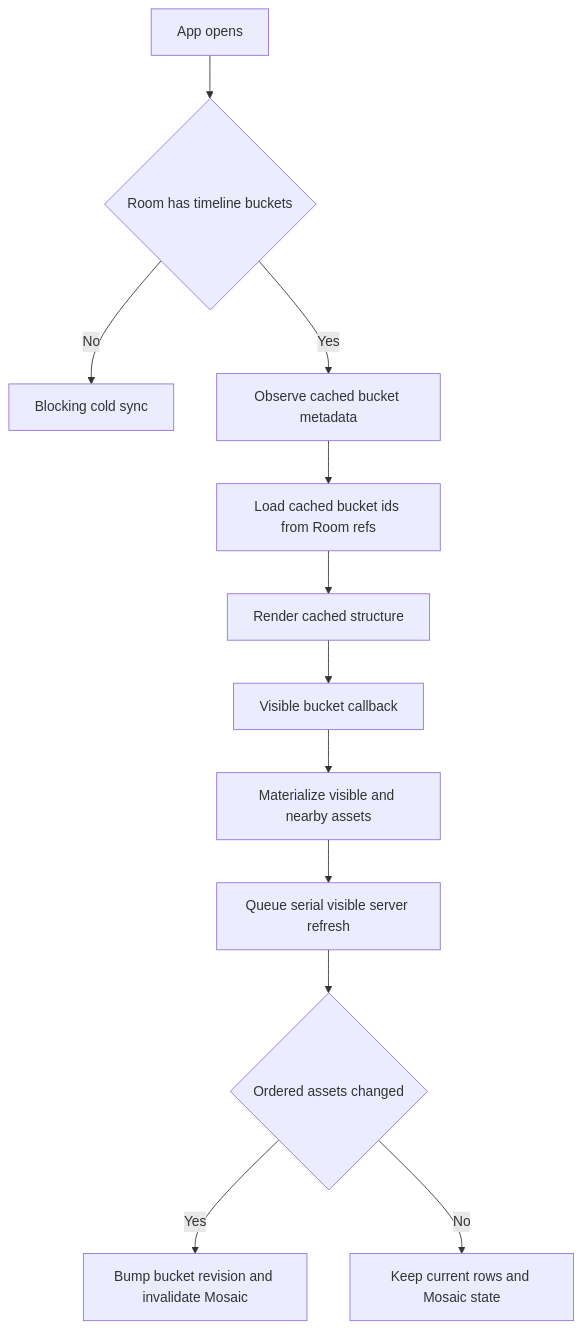
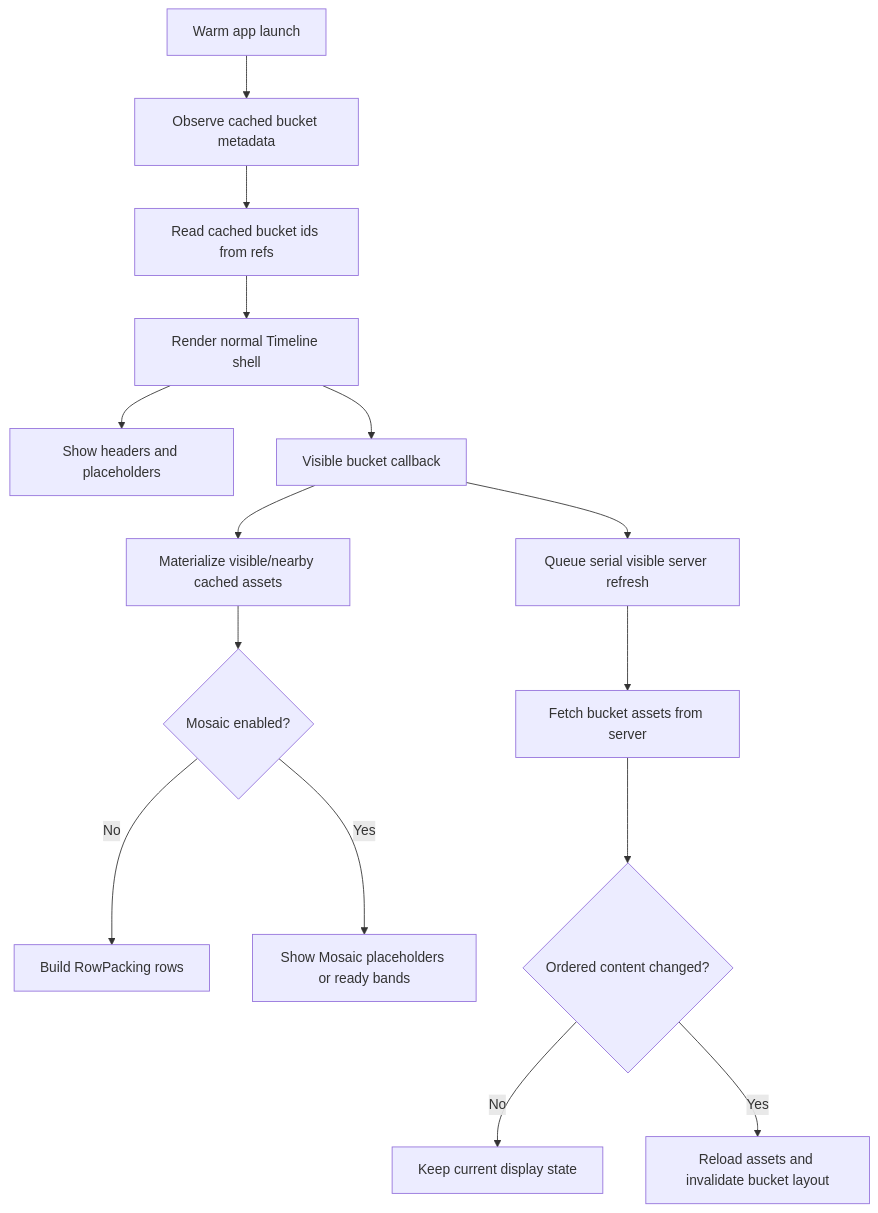
Before and after one commit to ch4ndu/ImmichGallery: the second of 6 diagrams in docs/timeline.md, drawn with Mermaid. The commit also changed other lines of this file and 45 other files, not shown here.

````diff
--- a/docs/timeline.md
+++ b/docs/timeline.md
@@ -203,14 +114,17 @@
 ```mermaid
 graph TD
-    start["App opens"] --> cached{"Room has timeline buckets"}
-    cached -->|No| cold["Blocking cold sync"]
-    cached -->|Yes| observe["Observe cached bucket metadata"]
-    observe --> refs["Load cached bucket ids from Room refs"]
-    refs --> render["Render cached structure"]
+    start["Warm app launch"] --> buckets["Observe cached bucket metadata"]
+    buckets --> refs["Read cached bucket ids from refs"]
+    refs --> render["Render normal Timeline shell"]
+    render --> placeholders["Show headers and placeholders"]
     render --> visible["Visible bucket callback"]
-    visible --> materialize["Materialize visible and nearby assets"]
-    materialize --> refresh["Queue serial visible server refresh"]
-    refresh --> changed{"Ordered assets changed"}
-    changed -->|Yes| revision["Bump bucket revision and invalidate Mosaic"]
-    changed -->|No| keep["Keep current rows and Mosaic state"]
+    visible --> materialize["Materialize visible/nearby cached assets"]
+    materialize --> rows{"Mosaic enabled?"}
+    rows -->|No| rowPacking["Build RowPacking rows"]
+    rows -->|Yes| mosaicState["Show Mosaic placeholders or ready bands"]
+    visible --> queue["Queue serial visible server refresh"]
+    queue --> server["Fetch bucket assets from server"]
+    server --> changed{"Ordered content changed?"}
+    changed -->|No| keep["Keep current display state"]
+    changed -->|Yes| invalidate["Reload assets and invalidate bucket layout"]
 ```
````
